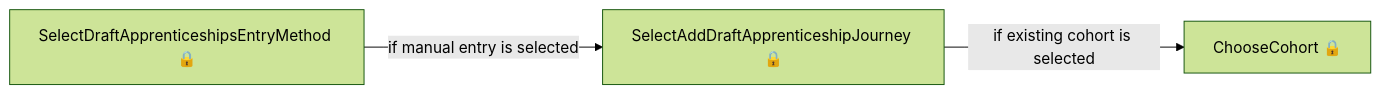
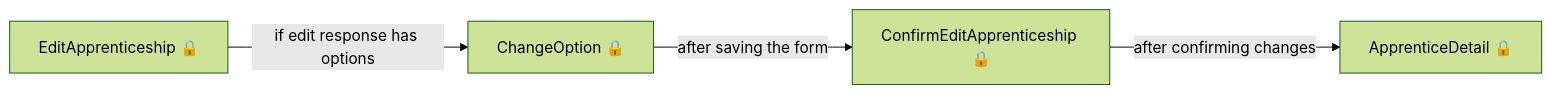
Before and after one commit to talentconsulting/atlas-dfe: the third of 10 diagrams in das-providercommitments/user-journeys/user-journeys.md, drawn with Mermaid (forest theme). The commit also changed other lines of this file and 36 other files, not shown here.

````diff
--- a/das-providercommitments/user-journeys/user-journeys.md
+++ b/das-providercommitments/user-journeys/user-journeys.md
@@ -30,5 +31,6 @@
 ```mermaid
 flowchart LR
-  p0["SelectDraftApprenticeshipsEntryMethod 🔒"] -->|"if manual entry is selected"| p1["SelectAddDraftApprenticeshipJourney 🔒"]
-  p1["SelectAddDraftApprenticeshipJourney 🔒"] -->|"if existing cohort is selected"| p2["ChooseCohort 🔒"]
+  p0["EditApprenticeship 🔒"] -->|"if edit response has options"| p1["ChangeOption 🔒"]
+  p1["ChangeOption 🔒"] -->|"after saving the form"| p2["ConfirmEditApprenticeship 🔒"]
+  p2["ConfirmEditApprenticeship 🔒"] -->|"after confirming changes"| p3["ApprenticeDetail 🔒"]
 ```
````
